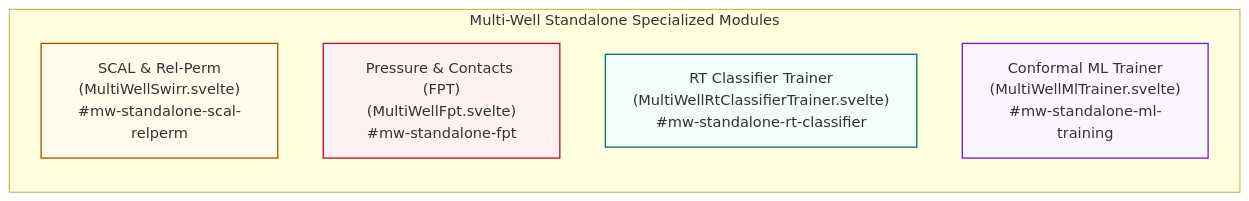
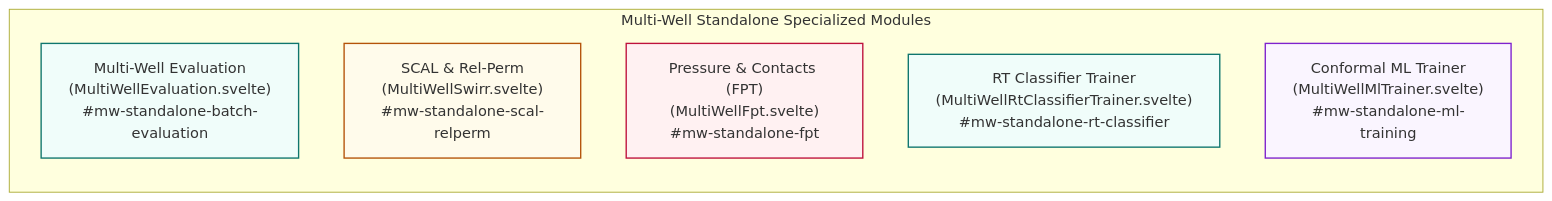
The third of 3 diagrams in docs/workflows/multi_well.md (imranfadhil/quick_pp), drawn with Mermaid before and after one commit. The commit also changed other lines of this file and 11 other files, not shown here.

Commit message:
add multi well batch evaluation standalone module

````diff
--- a/docs/workflows/multi_well.md
+++ b/docs/workflows/multi_well.md
@@ -346,15 +369,17 @@
 ```mermaid
 graph LR
     subgraph Standalone_Modules ["Multi-Well Standalone Specialized Modules"]
         direction TB
+        M0["Multi-Well Evaluation\n(MultiWellEvaluation.svelte)\n#mw-standalone-batch-evaluation"]
         M1["SCAL & Rel-Perm\n(MultiWellSwirr.svelte)\n#mw-standalone-scal-relperm"]
         M2["Pressure & Contacts (FPT)\n(MultiWellFpt.svelte)\n#mw-standalone-fpt"]
         M3["RT Classifier Trainer\n(MultiWellRtClassifierTrainer.svelte)\n#mw-standalone-rt-classifier"]
         M4["Conformal ML Trainer\n(MultiWellMlTrainer.svelte)\n#mw-standalone-ml-training"]
     end
 
+    style M0 fill:#f0fdfa,stroke:#0f766e,stroke-width:1.5px
     style M1 fill:#fffbeb,stroke:#b45309,stroke-width:1.5px
     style M2 fill:#fff1f2,stroke:#be123c,stroke-width:1.5px
     style M3 fill:#f0fdfa,stroke:#0f766e,stroke-width:1.5px
     style M4 fill:#faf5ff,stroke:#7e22ce,stroke-width:1.5px
 ```
````
